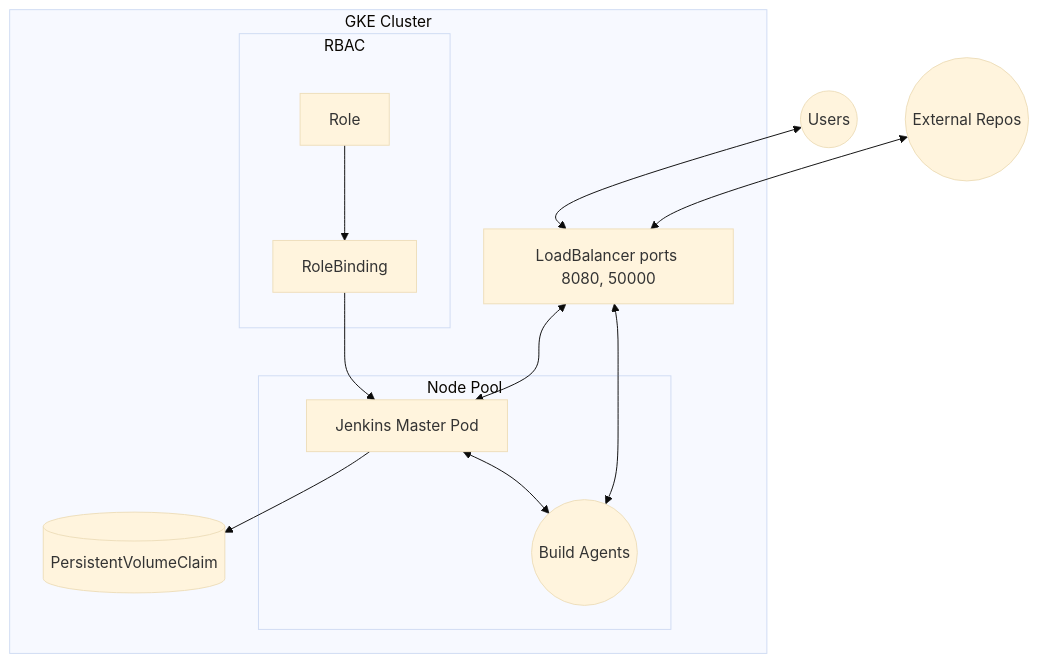
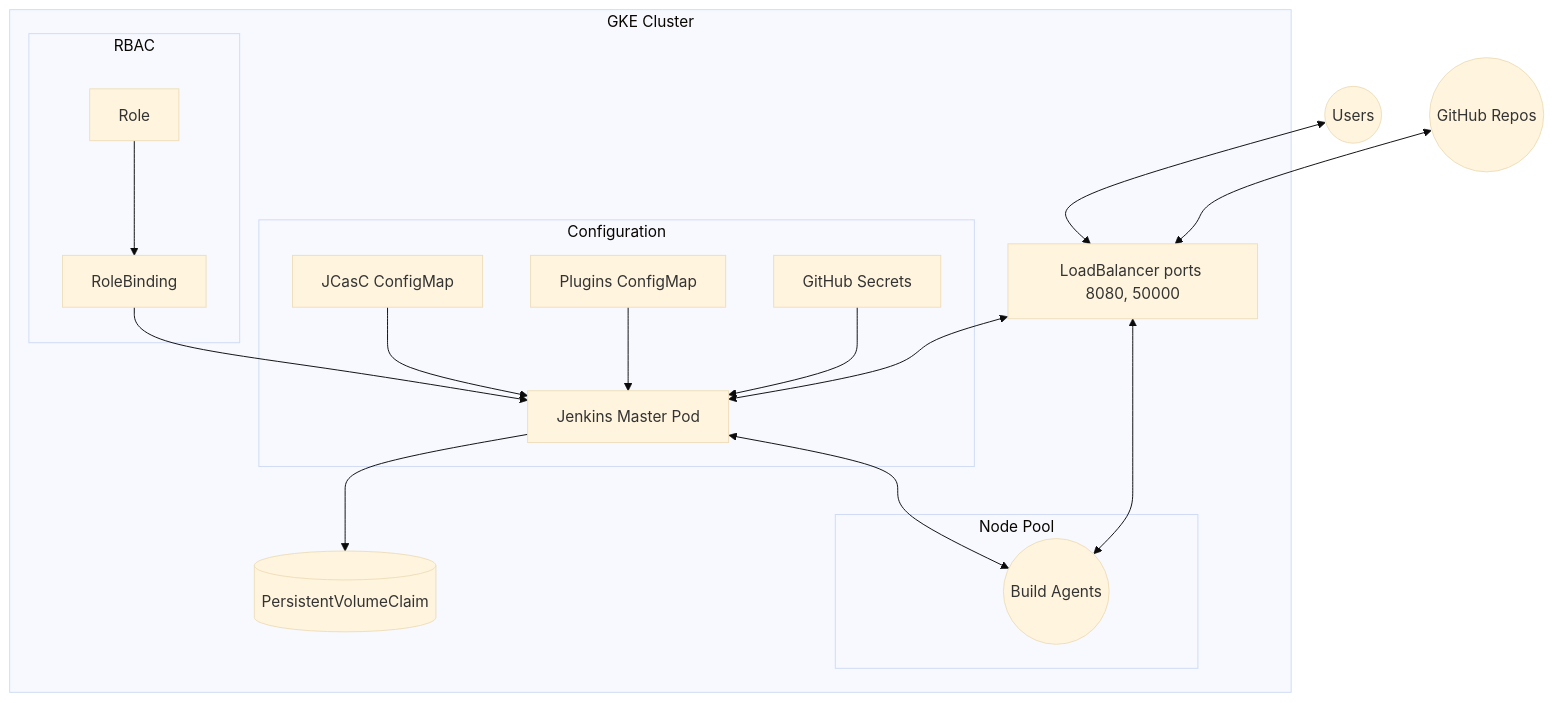
The diagram in docs/architecture.md (gtroshin/jenkins-gke), drawn with Mermaid (base theme) before and after one commit. The commit also changed other lines of this file and 6 other files, not shown here.

````diff
--- a/docs/architecture.md
+++ b/docs/architecture.md
@@ -26,21 +43,27 @@
 ```mermaid
 graph TD
     Users((Users)) <--> LB
     BA((Build Agents)) <--> LB
     
     subgraph GKECluster[GKE Cluster]
         LB[LoadBalancer ports 8080, 50000] <--> JM[Jenkins Master Pod]
         JM --> PVC[(PersistentVolumeClaim)]
+        
+        subgraph Config[Configuration]
+            JCasC[JCasC ConfigMap] --> JM
+            Plugins[Plugins ConfigMap] --> JM
+            Secrets[GitHub Secrets] --> JM
+        end
         
         subgraph NodePool[Node Pool]
             JM <--> BA
         end
         
         subgraph RBACConfig[RBAC]
             Role[Role] --> RoleBinding
             RoleBinding --> JM
         end
     end
     
-    Repos((External Repos)) <--> LB
+    GitHub((GitHub Repos)) <--> LB
 ```
````
